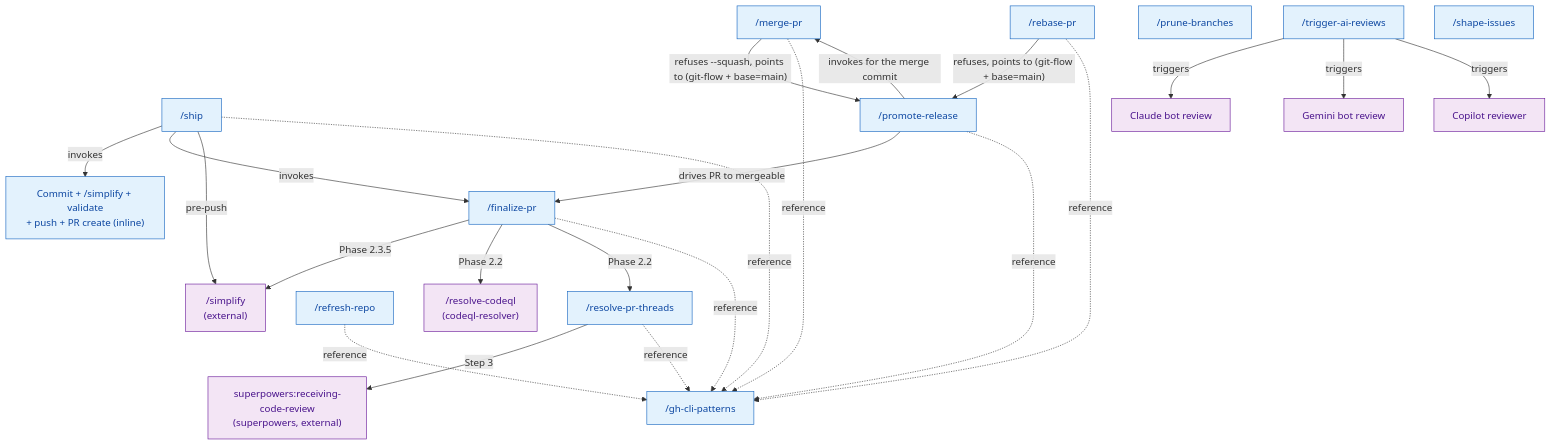
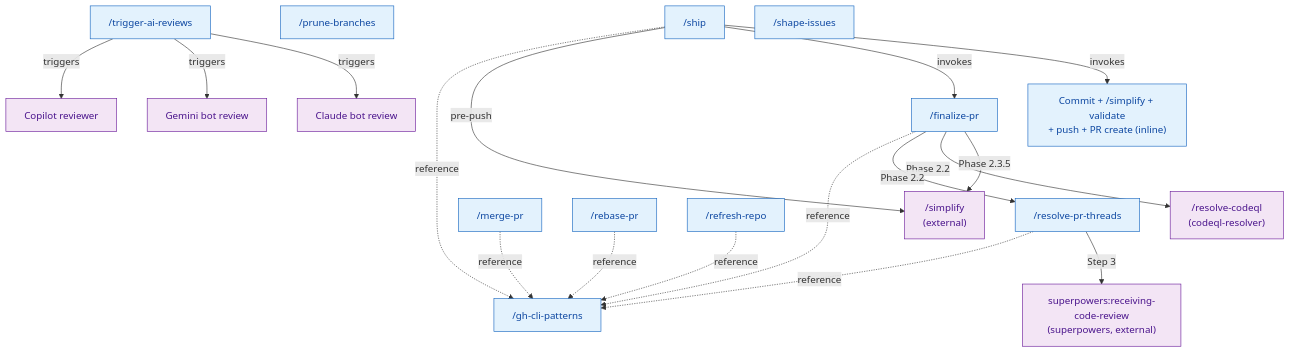
One commit to dryvist/claude-code-plugins changed the second of 3 diagrams in github-workflows/ARCHITECTURE.md. Above: the diagram before and after it, drawn with Mermaid. The commit also changed other lines of this file and 19 other files, not shown here.

First line of the commit message:
feat(github-workflows): remove the pr-sweep and promote-release skills

````diff
--- a/github-workflows/ARCHITECTURE.md
+++ b/github-workflows/ARCHITECTURE.md
@@ -39,52 +37,45 @@
 ```mermaid
 flowchart TD
     SHIP["/ship"]:::ai
     FPR["/finalize-pr"]:::ai
     RPT["/resolve-pr-threads"]:::ai
     SMP["/merge-pr"]:::ai
     RBP["/rebase-pr"]:::ai
-    PRR["/promote-release"]:::ai
     RFR["/refresh-repo"]:::ai
     PBR["/prune-branches"]:::ai
     GCP["/gh-cli-patterns"]:::ai
     TAR["/trigger-ai-reviews"]:::ai
     SI["/shape-issues"]:::ai
 
     CPR["Commit + /simplify + validate\n+ push + PR create (inline)"]:::ai
     RCQ["/resolve-codeql\n(codeql-resolver)"]:::external
     SIMP["/simplify\n(external)"]:::external
     RCR["superpowers:receiving-code-review\n(superpowers, external)"]:::external
     CLAUDE["Claude bot review"]:::external
     GEMINI["Gemini bot review"]:::external
     COPILOT["Copilot reviewer"]:::external
 
     SHIP -->|"invokes"| CPR
     SHIP -->|"invokes"| FPR
 
     SHIP -->|"pre-push"| SIMP
     FPR -->|"Phase 2.3.5"| SIMP
     FPR -->|"Phase 2.2"| RCQ
     FPR -->|"Phase 2.2"| RPT
 
     RPT -->|"Step 3"| RCR
 
-    SMP -->|"refuses --squash, points to (git-flow + base=main)"| PRR
-    RBP -->|"refuses, points to (git-flow + base=main)"| PRR
-    PRR -->|"drives PR to mergeable"| FPR
-    PRR -->|"invokes for the merge commit"| SMP
-
     FPR -.->|"reference"| GCP
     SHIP -.->|"reference"| GCP
     SMP -.->|"reference"| GCP
     RBP -.->|"reference"| GCP
-    PRR -.->|"reference"| GCP
     RFR -.->|"reference"| GCP
     RPT -.->|"reference"| GCP
 
     TAR -->|"triggers"| CLAUDE
     TAR -->|"triggers"| GEMINI
     TAR -->|"triggers"| COPILOT
 
     classDef ai fill:#e3f2fd,stroke:#1565c0,color:#0d47a1
     classDef external fill:#f3e5f5,stroke:#6a1b9a,color:#4a148c
 ```
````
